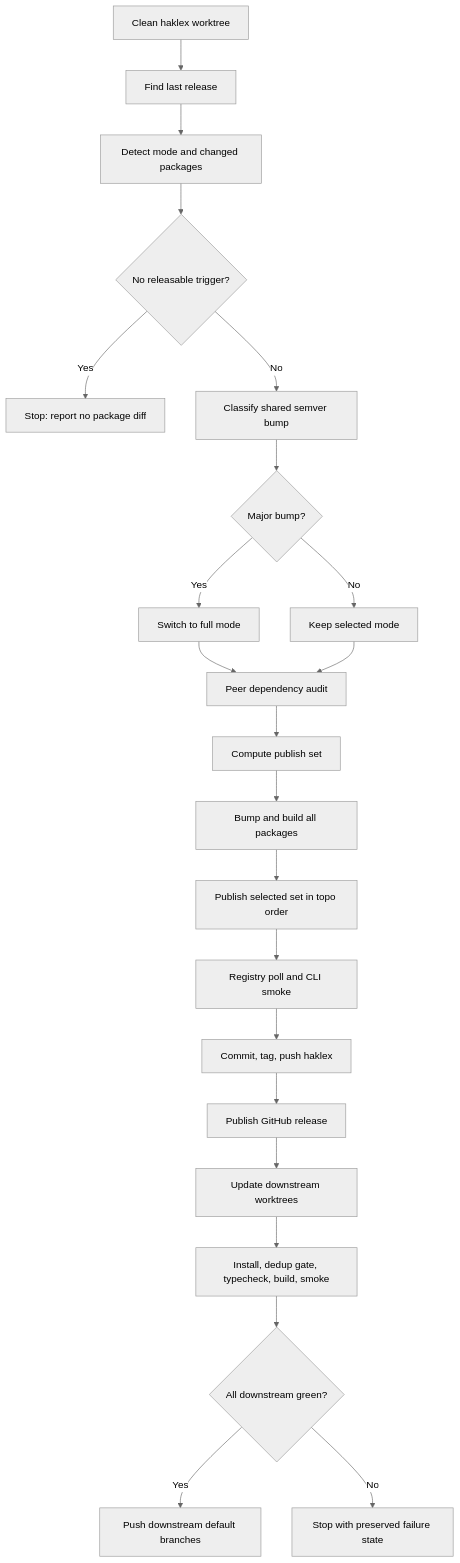
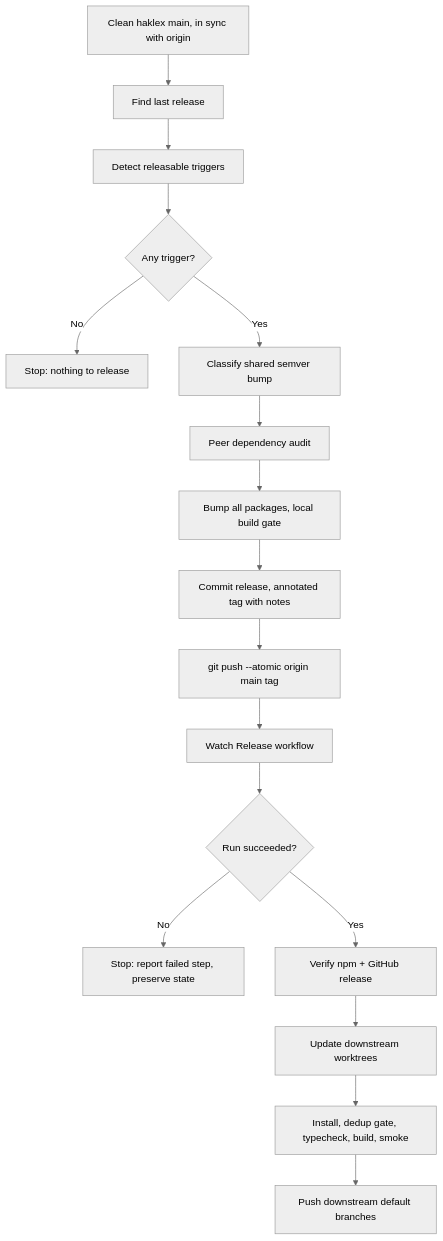
The diagram in .claude/skills/release-orchestrator/SKILL.md (Innei/haklex), drawn with Mermaid (neutral theme) before and after one commit. The commit also changed other lines of this file and 15 other files, not shown here.

First line of the commit message:
ci: publish every @haklex/* package from a Release workflow

````diff
--- a/.claude/skills/release-orchestrator/SKILL.md
+++ b/.claude/skills/release-orchestrator/SKILL.md
@@ -37,24 +36,19 @@
 ```mermaid
 flowchart TD
-  A[Clean haklex worktree] --> B[Find last release]
-  B --> C[Detect mode and changed packages]
-  C --> D{No releasable trigger?}
-  D -->|Yes| Z[Stop: report no package diff]
-  D -->|No| E[Classify shared semver bump]
-  E --> F{Major bump?}
-  F -->|Yes| G[Switch to full mode]
-  F -->|No| H[Keep selected mode]
-  G --> I[Peer dependency audit]
-  H --> I
-  I --> J[Compute publish set]
-  J --> K[Bump and build all packages]
-  K --> L[Publish selected set in topo order]
-  L --> M[Registry poll and CLI smoke]
-  M --> N[Commit, tag, push haklex]
-  N --> O[Publish GitHub release]
-  O --> P[Update downstream worktrees]
-  P --> Q[Install, dedup gate, typecheck, build, smoke]
-  Q --> R{All downstream green?}
-  R -->|Yes| S[Push downstream default branches]
-  R -->|No| T[Stop with preserved failure state]
+  A[Clean haklex main, in sync with origin] --> B[Find last release]
+  B --> C[Detect releasable triggers]
+  C --> D{Any trigger?}
+  D -->|No| Z[Stop: nothing to release]
+  D -->|Yes| E[Classify shared semver bump]
+  E --> I[Peer dependency audit]
+  I --> K[Bump all packages, local build gate]
+  K --> N[Commit release, annotated tag with notes]
+  N --> P[git push --atomic origin main tag]
+  P --> W[Watch Release workflow]
+  W --> X{Run succeeded?}
+  X -->|No| T[Stop: report failed step, preserve state]
+  X -->|Yes| V[Verify npm + GitHub release]
+  V --> Q[Update downstream worktrees]
+  Q --> R[Install, dedup gate, typecheck, build, smoke]
+  R --> S[Push downstream default branches]
 ```
````
